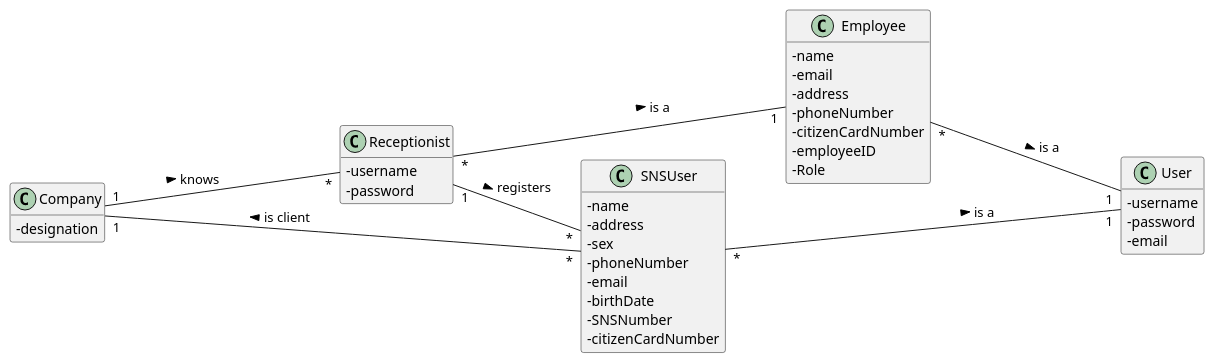
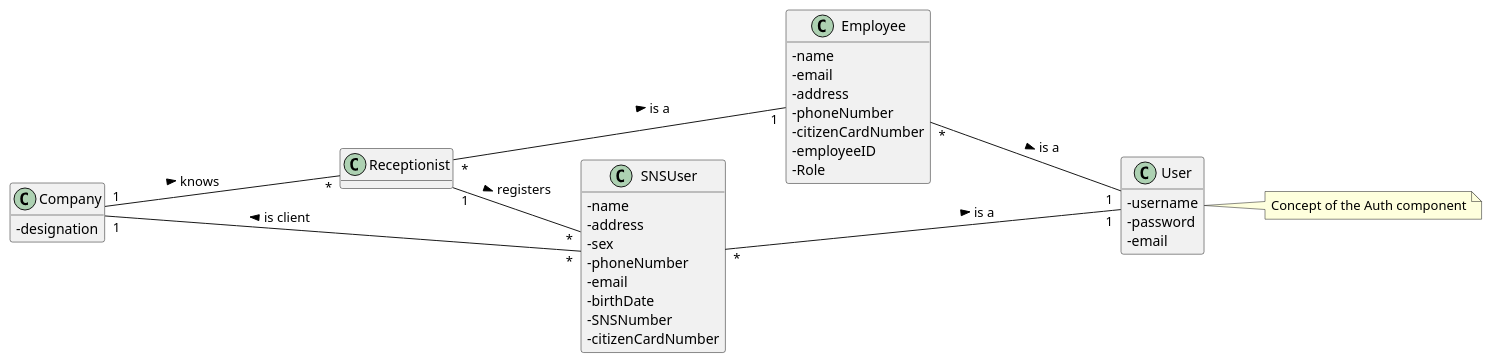
Before and after one commit to PedroMesquita1211171/VaccinationManager: the diagram in docs/SprintD/US/US3/US003_MD.puml, drawn with PlantUML. The commit also changed 9 other files, not shown here.

```diff
--- a/docs/SprintD/US/US3/US003_MD.puml
+++ b/docs/SprintD/US/US3/US003_MD.puml
@@ -1,61 +1,63 @@
 @startuml
 hide methods
 left to right direction
 skinparam classAttributeIconSize 0
 
 
 class Company {
   -designation
 }
 
 class Receptionist {
-  -username
-  -password
 }
 
 class SNSUser {
   -name
   -address
   -sex
   -phoneNumber
   -email
   -birthDate
   -SNSNumber
   -citizenCardNumber
 }
 
 class User{
 -username
 -password
 -email
 }
 
 class Employee{
  -name
  -email
  -address
  -phoneNumber
  -citizenCardNumber
  -employeeID
  -Role
 }
 
 
 SNSUser "*"---"1" User : is a >
 Receptionist "*"---"1"  Employee : is a >
 Employee "*"---"1" User : is a >
 
 
 SNSUser "*"---"1" Company : is client >
 Company "1"---"*" Receptionist : knows >
 
 
 Receptionist "1"--"*" SNSUser : registers >
 
 
+note "Concept of the Auth component" as N1
+User .. N1
+
+
 
 
 
 
 
 @enduml
```
